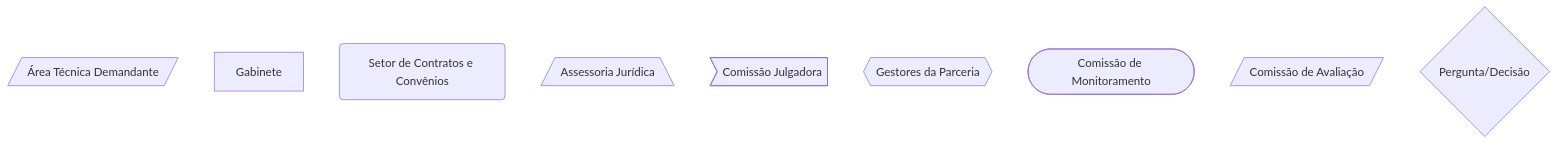
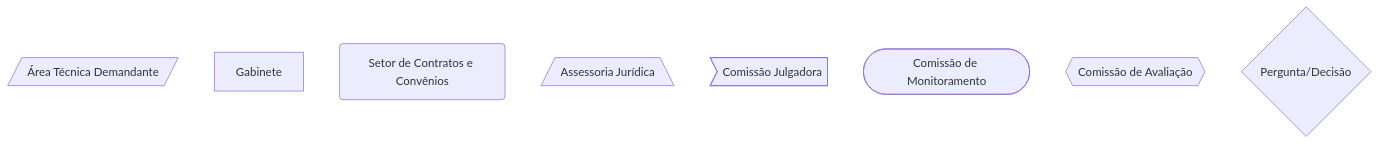
Before and after one commit to iepha-mg/manual.appi: the second of 3 diagrams in paginas/marcos_regulatorios/descentralizacao/OS/README.md, drawn with Mermaid. The commit also changed other lines of this file, not shown here.

```diff
--- a/paginas/marcos_regulatorios/descentralizacao/OS/README.md
+++ b/paginas/marcos_regulatorios/descentralizacao/OS/README.md
@@ -149,13 +149,12 @@
 <div class="mermaid">
 flowchart TD
     %% Legenda
     A_LEG@{ shape: lean-r, label: "Área Técnica Demandante" }
     B_LEG@{ shape: rect, label: "Gabinete" }
     C_LEG@{ shape: rounded, label: "Setor de Contratos e Convênios" }
     D_LEG@{ shape: trap-b, label: "Assessoria Jurídica" }
     E_LEG@{ shape: odd, label: "Comissão Julgadora" }
-    F_LEG@{ shape: hex, label: "Gestores da Parceria" }
     G_LEG@{ shape: stadium, label: "Comissão de Monitoramento" }
-    H_LEG@{ shape: lean-r, label: "Comissão de Avaliação" }
+    H_LEG@{ shape: hex, label: "Comissão de Avaliação" }
     I_LEG@{ shape: diamond, label: "Pergunta/Decisão" }
 </div>
```
